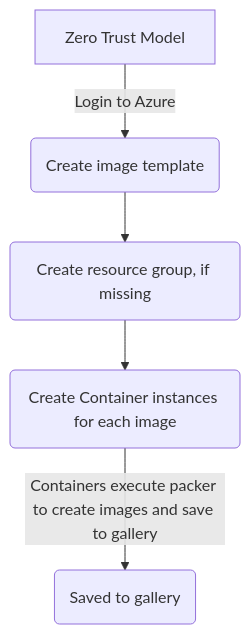
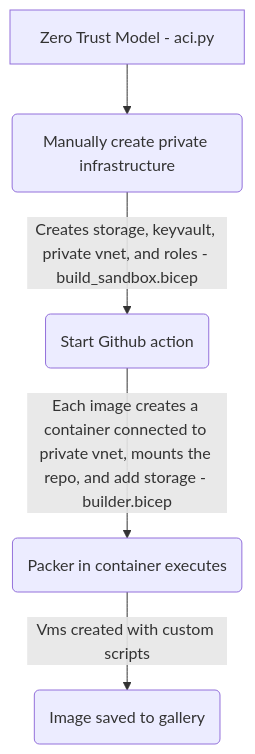
One commit to Azure/dev-box-images changed the fourth of 4 diagrams in README.md. Above: the diagram before and after it, drawn with Mermaid. The commit also changed other lines of this file and 3 other files, not shown here.

````diff
--- a/README.md
+++ b/README.md
@@ -187,7 +187,7 @@
 ```mermaid
 graph TD
-    A[Zero Trust Model] --> |Login to Azure| B(Create image template)
-    B --> C(Create resource group, if missing)
-    C --> D(Create Container instances for each image)
-    D --> |Containers execute packer to create images and save to gallery |E(Saved to gallery)
+    A[Zero Trust Model - aci.py] --> B(Manually create private infrastructure)
+    B --> | Creates storage, keyvault, private vnet, and roles - build_sandbox.bicep | C(Start Github action)
+    C --> | Each image creates a container connected to private vnet, mounts the repo, and add storage - builder.bicep| D(Packer in container executes)
+    D --> | Vms created with custom scripts | E(Image saved to gallery)
 ```
````
